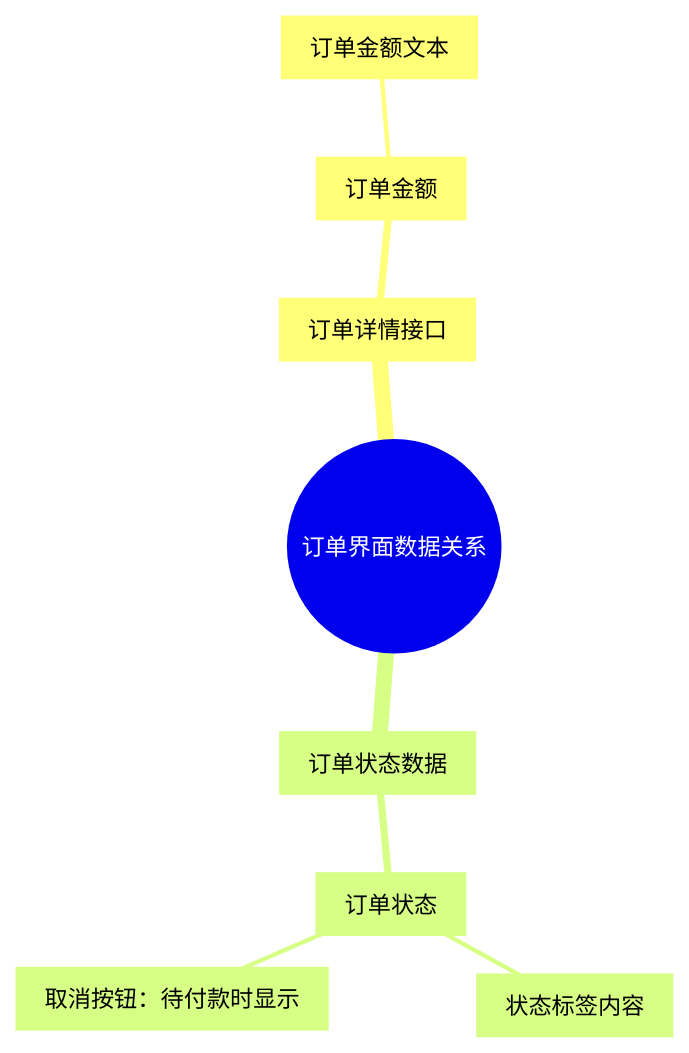
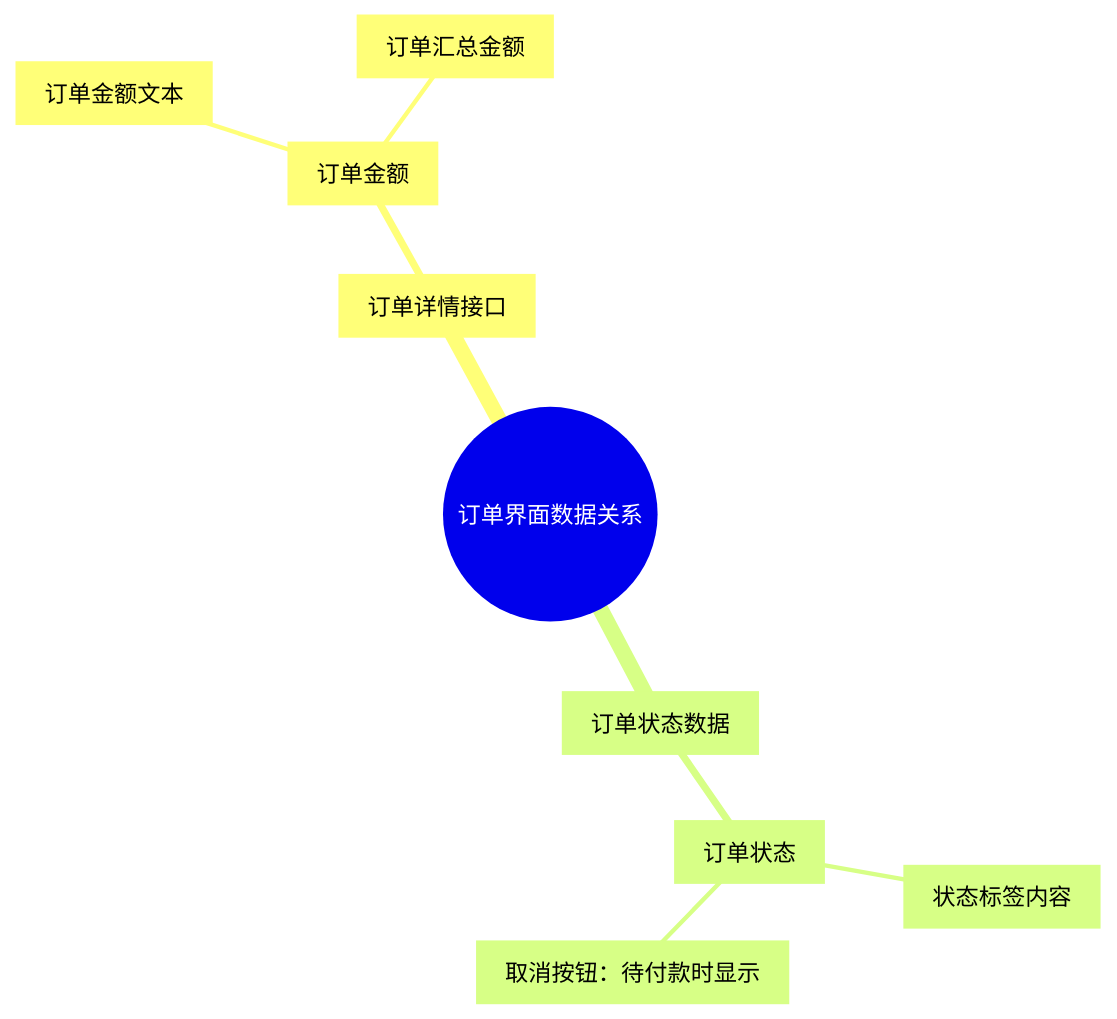
The third of 3 diagrams in packages/kit/src/plugins/understand-any/skill.md (mybricks/plugin-ai), drawn with Mermaid before and after one commit. The commit also changed other lines of this file, not shown here.

Commit message:
docs: clarify interface data diagram scope

````diff
--- a/packages/kit/src/plugins/understand-any/skill.md
+++ b/packages/kit/src/plugins/understand-any/skill.md
@@ -75,18 +77,20 @@
 ```mermaid
 mindmap
   root((订单界面数据关系))
     API[订单详情接口]
       TOTAL[订单金额]
         PRICE[订单金额文本]
+        SUMMARY_PRICE[订单汇总金额]
     LOCAL[订单状态数据]
       STATUS[订单状态]
         BADGE[状态标签内容]
         CANCEL[取消按钮：待付款时显示]
   %% @source API value="GET /api/orders/:id"
   %% @source LOCAL value="getOrderStatus"
   %% @field TOTAL name="total"
   %% @field STATUS name="status"
   %% @ui PRICE file="src/OrderCard.tsx" loc="span:42"
+  %% @ui SUMMARY_PRICE file="src/OrderCard.tsx" loc="span:62"
   %% @ui BADGE file="src/OrderCard.tsx" loc="Tag:46-48"
   %% @ui CANCEL file="src/OrderCard.tsx" loc="Button:51-55"
 ```
````
